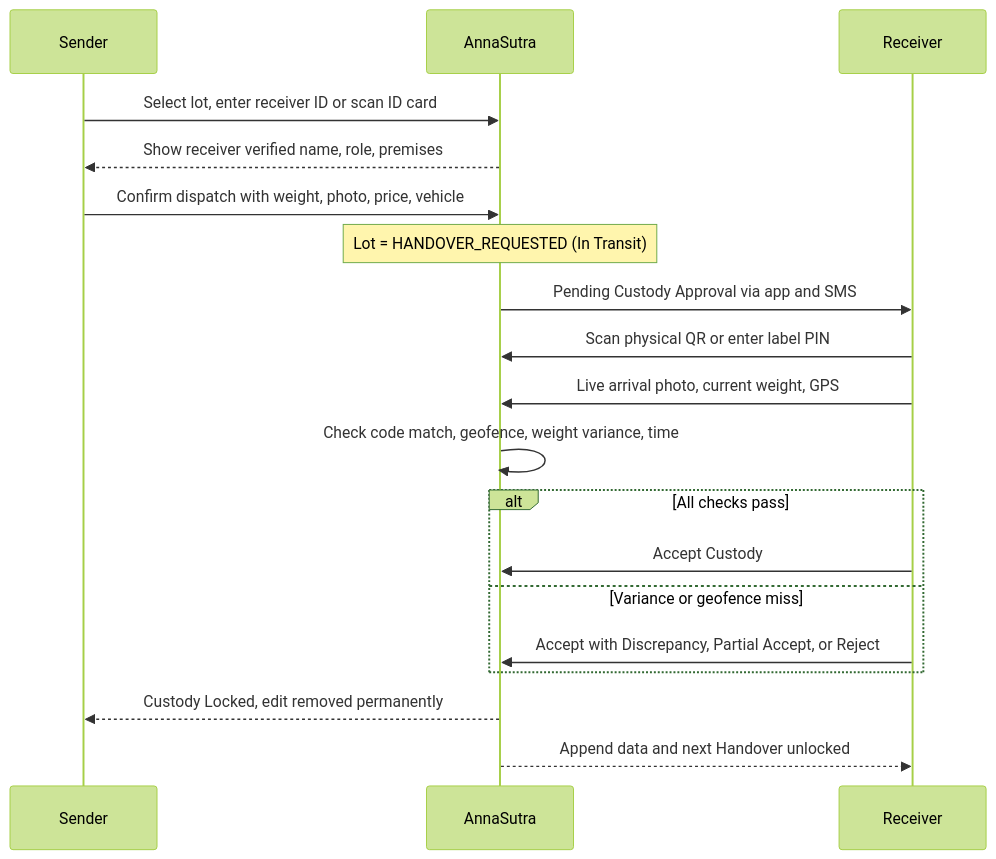
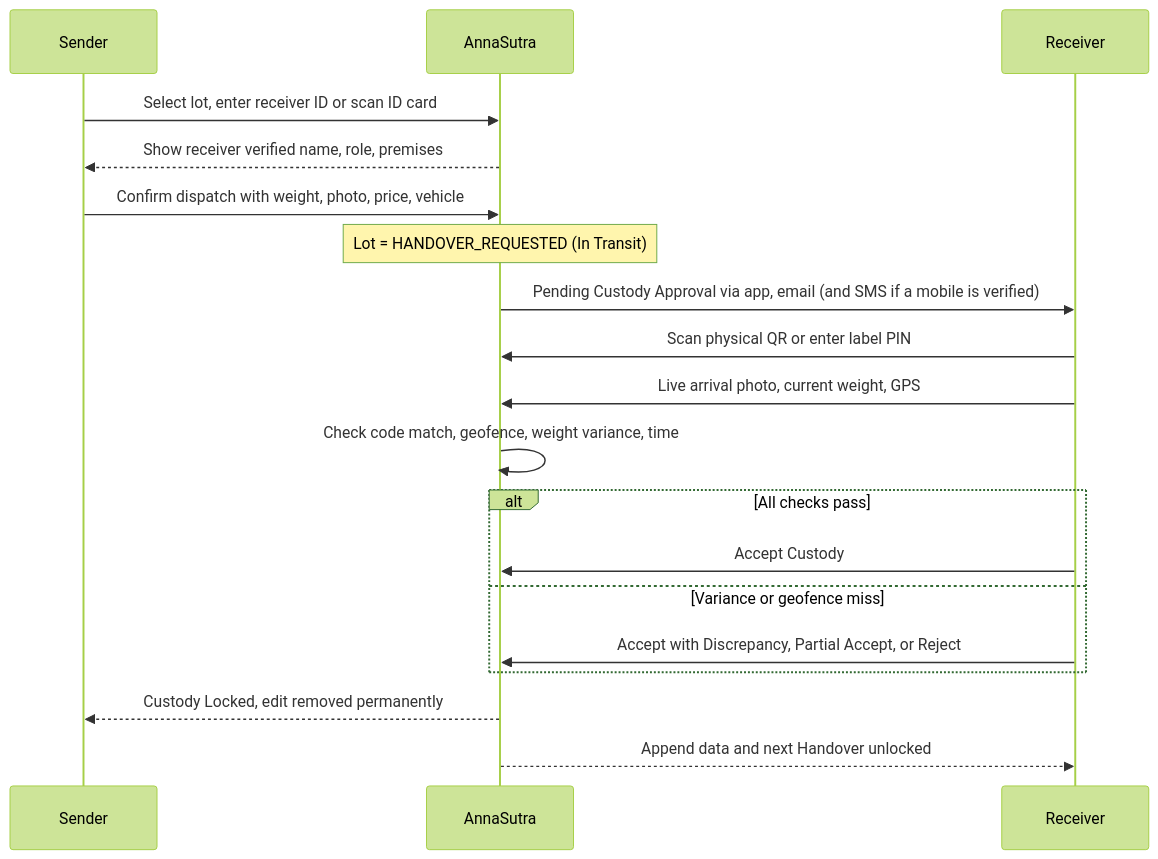
One commit to DevnetraConsultancy/annasutra changed the fourth of 7 diagrams in docs/Core/annasutra_entity_console_architecture.md. Above: the diagram before and after it, drawn with Mermaid (forest theme). The commit also changed other lines of this file and 58 other files, not shown here.

Commit message:
docs: Gmail identity, single admin, multi-registration portal, child batch QR, Web+APK printing, E2E flow (Decisions 29-35); retire all other docs

````diff
--- a/docs/Core/annasutra_entity_console_architecture.md
+++ b/docs/Core/annasutra_entity_console_architecture.md
@@ -428,21 +511,21 @@
 ```mermaid
 sequenceDiagram
   participant S as Sender
   participant A as AnnaSutra
   participant R as Receiver
   S->>A: Select lot, enter receiver ID or scan ID card
   A-->>S: Show receiver verified name, role, premises
   S->>A: Confirm dispatch with weight, photo, price, vehicle
   Note over A: Lot = HANDOVER_REQUESTED (In Transit)
-  A->>R: Pending Custody Approval via app and SMS
+  A->>R: Pending Custody Approval via app, email (and SMS if a mobile is verified)
   R->>A: Scan physical QR or enter label PIN
   R->>A: Live arrival photo, current weight, GPS
   A->>A: Check code match, geofence, weight variance, time
   alt All checks pass
     R->>A: Accept Custody
   else Variance or geofence miss
     R->>A: Accept with Discrepancy, Partial Accept, or Reject
   end
   A-->>S: Custody Locked, edit removed permanently
   A-->>R: Append data and next Handover unlocked
 ```
````
